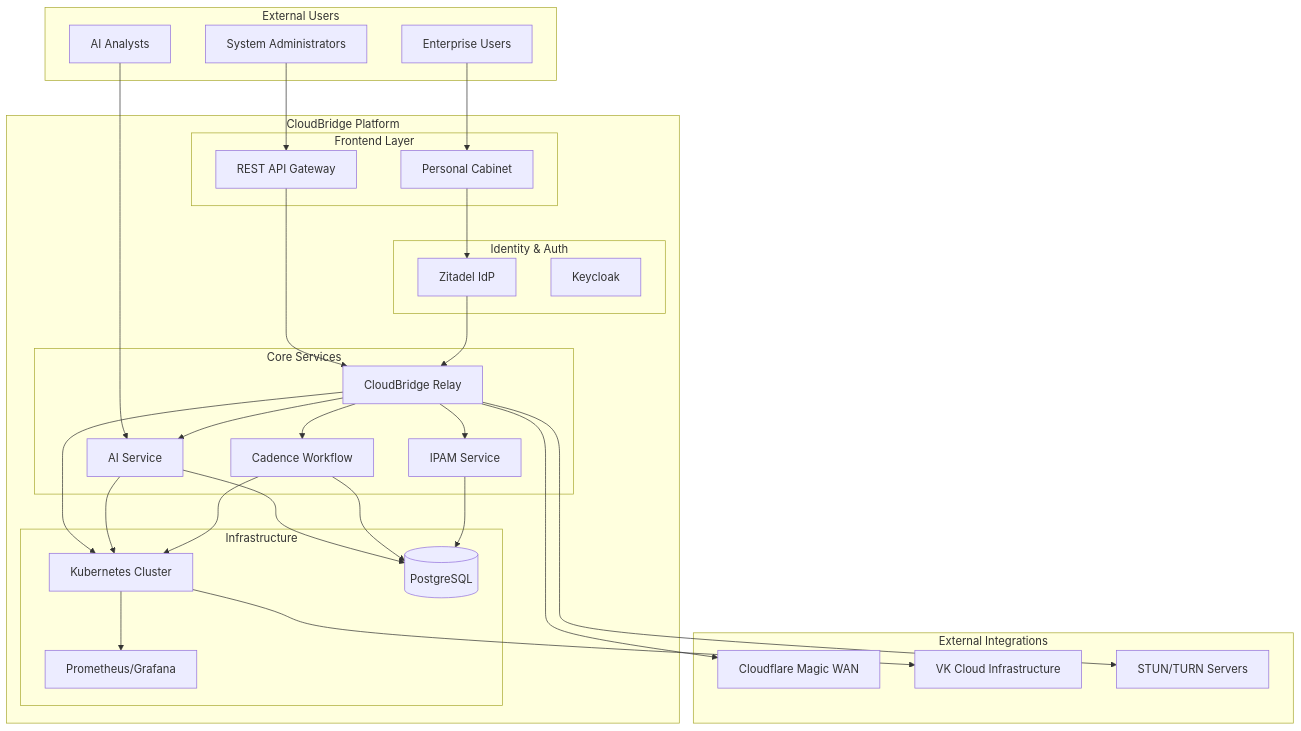
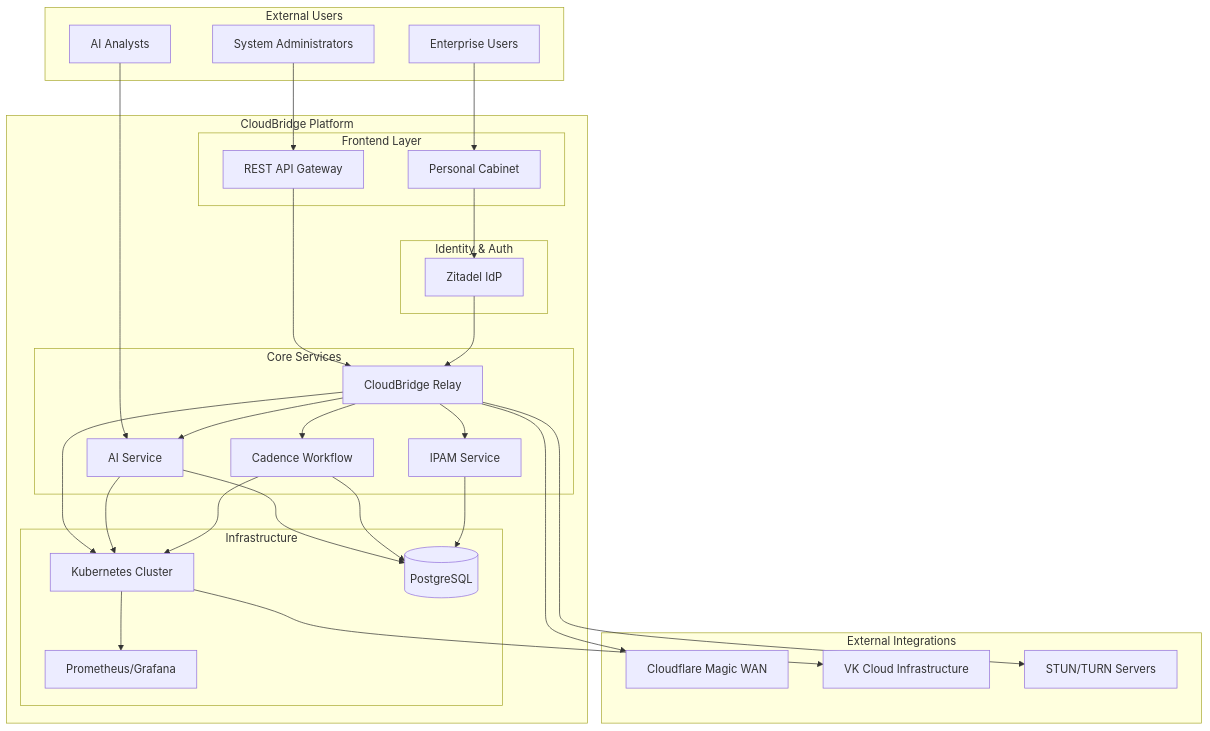
The first of 26 diagrams in docs/architecture/ARCHITECTURE_ANALYSIS.md (twogc/cloudbridge-relay-installer), drawn with Mermaid before and after one commit. The commit also changed other lines of this file and 46 other files, not shown here.

````diff
--- a/docs/architecture/ARCHITECTURE_ANALYSIS.md
+++ b/docs/architecture/ARCHITECTURE_ANALYSIS.md
@@ -325,64 +325,63 @@
 ```mermaid
 graph TB
     subgraph "External Users"
         U1[Enterprise Users]
         U2[System Administrators]
         U3[AI Analysts]
     end
     
     subgraph "CloudBridge Platform"
         subgraph "Frontend Layer"
             PC[Personal Cabinet]
             API[REST API Gateway]
         end
         
         subgraph "Identity & Auth"
             ZT[Zitadel IdP]
-            KC[Keycloak]
         end
         
         subgraph "Core Services"
             RELAY[CloudBridge Relay]
             AI[AI Service]
             CAD[Cadence Workflow]
             IPAM[IPAM Service]
         end
         
         subgraph "Infrastructure"
             K8S[Kubernetes Cluster]
             DB[(PostgreSQL)]
             MON[Prometheus/Grafana]
         end
     end
     
     subgraph "External Integrations"
         CF[Cloudflare Magic WAN]
         VK[VK Cloud Infrastructure]
         STUN[STUN/TURN Servers]
     end
     
     U1 --> PC
     U2 --> API
     U3 --> AI
     
     PC --> ZT
     API --> RELAY
     ZT --> RELAY
     
     RELAY --> AI
     RELAY --> CAD
     RELAY --> IPAM
     
     AI --> DB
     CAD --> DB
     IPAM --> DB
     
     RELAY --> K8S
     AI --> K8S
     CAD --> K8S
     
     K8S --> MON
     RELAY --> CF
     RELAY --> STUN
     K8S --> VK
 ```
````
